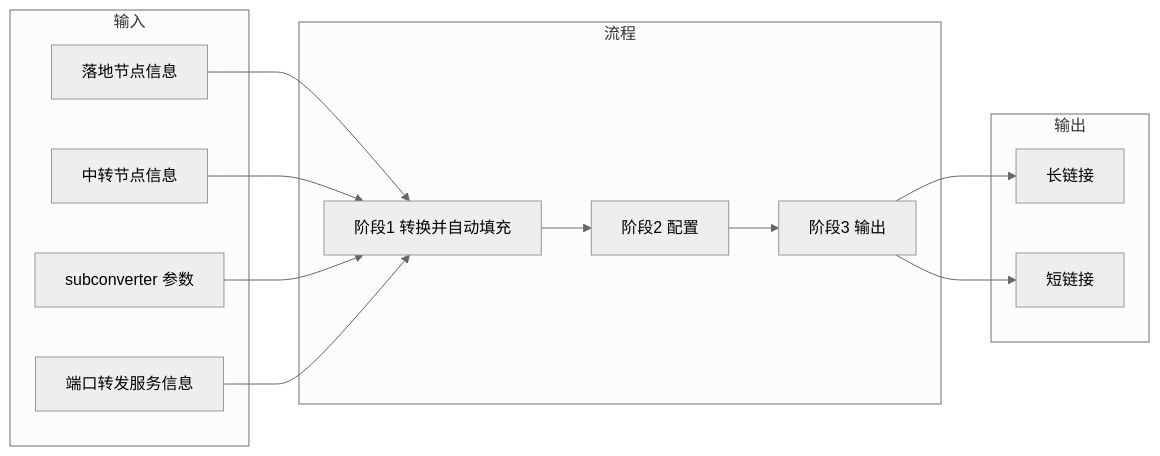
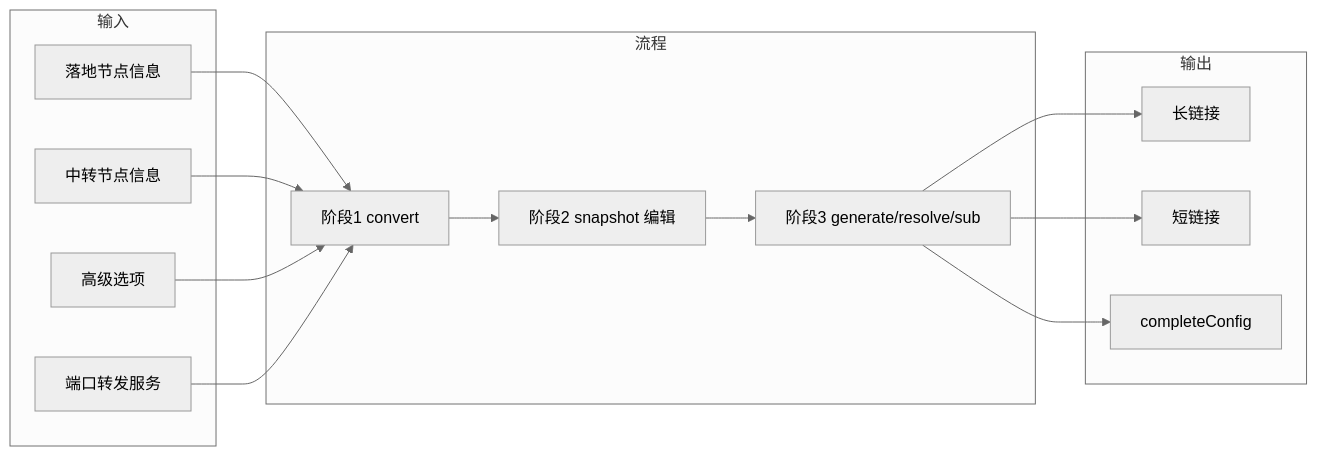
One commit to slackworker/chain-subconverter changed the diagram in docs/spec/01-overview.md. Above: the diagram before and after it, drawn with Mermaid (neutral theme). The commit also changed other lines of this file and 33 other files, not shown here.

````diff
--- a/docs/spec/01-overview.md
+++ b/docs/spec/01-overview.md
@@ -20,29 +20,31 @@
 ```mermaid
 flowchart LR
   subgraph Input[输入]
     L[落地节点信息]
     T[中转节点信息]
-    O[subconverter 参数]
-    F[端口转发服务信息]
+    O[高级选项]
+    F[端口转发服务]
   end
 
   subgraph Flow[流程]
-    C[阶段1 转换并自动填充]
-    S[阶段2 配置]
-    G[阶段3 输出]
+    C[阶段1 convert]
+    S[阶段2 snapshot 编辑]
+    G[阶段3 generate/resolve/sub]
   end
 
   subgraph Output[输出]
-    U[长链接]
+    LU[长链接]
     SU[短链接]
+    YAML[completeConfig]
   end
 
   L --> C
   T --> C
   O --> C
   F --> C
   C --> S
   S --> G
-  G --> U
+  G --> LU
   G --> SU
+  G --> YAML
 ```
````
